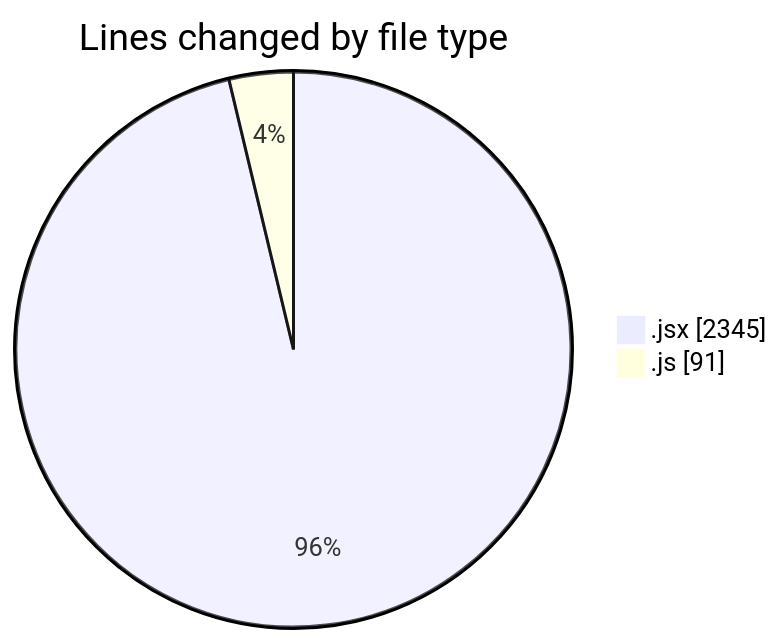
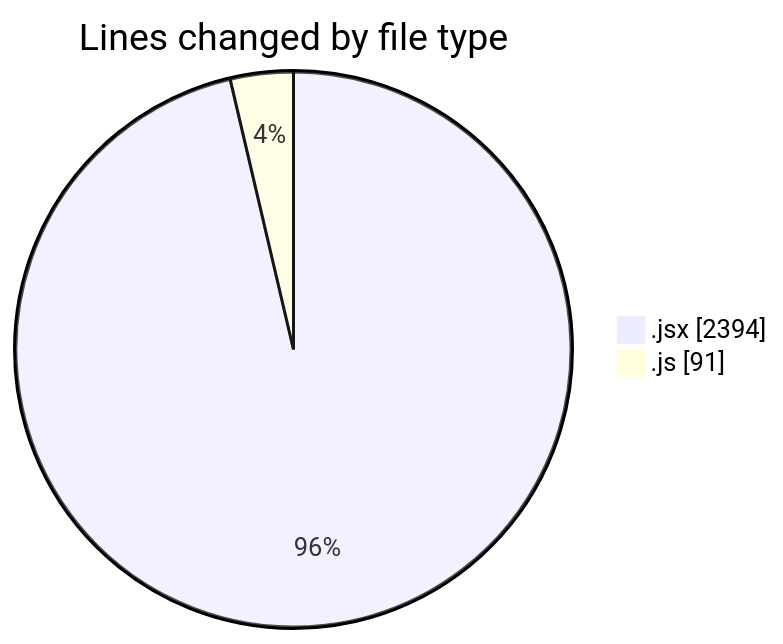
The first of 2 diagrams in 2025-07-07/argos/README.md (nxtqubesakshisongat/code-tracking), drawn with Mermaid before and after one commit. The commit also changed other lines of this file and 1 other file, not shown here.

````diff
--- a/2025-07-07/argos/README.md
+++ b/2025-07-07/argos/README.md
@@ -23,6 +23,6 @@
 ```mermaid
 pie showData
 title Lines changed by file type
-".jsx" : 2345
+".jsx" : 2394
 ".js" : 91
 ```
````
